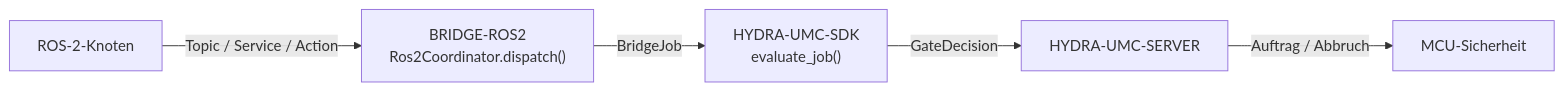
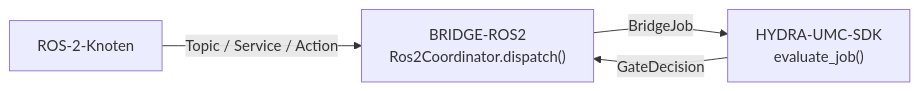
One commit to JuanenRac/HYDRA-UMC-BRIDGE-ROS2 changed the diagram in README_deu.md. Above: the diagram before and after it, drawn with Mermaid. The commit also changed other lines of this file and 19 other files, not shown here.

````diff
--- a/README_deu.md
+++ b/README_deu.md
@@ -49,7 +50,6 @@
 ```mermaid
 flowchart LR
     ROS["ROS-2-Knoten"] -- "Topic / Service / Action" --> BRIDGE["BRIDGE-ROS2<br/>Ros2Coordinator.dispatch()"]
     BRIDGE -- BridgeJob --> SDK["HYDRA-UMC-SDK<br/>evaluate_job()"]
-    SDK -- GateDecision --> SERVER["HYDRA-UMC-SERVER"]
-    SERVER -- "Auftrag / Abbruch" --> MCU["MCU-Sicherheit"]
+    SDK -- GateDecision --> BRIDGE
 ```
````
